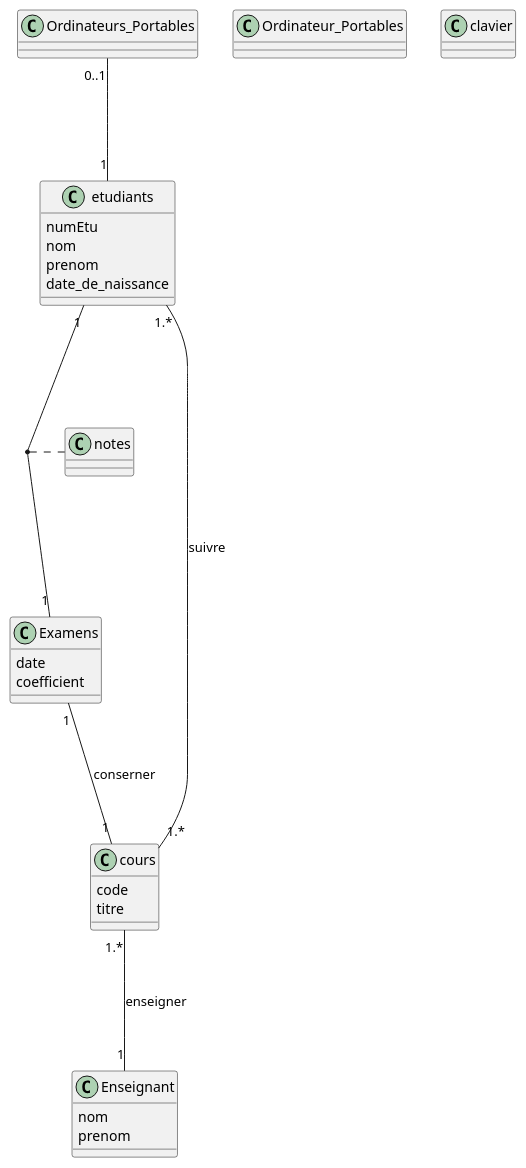
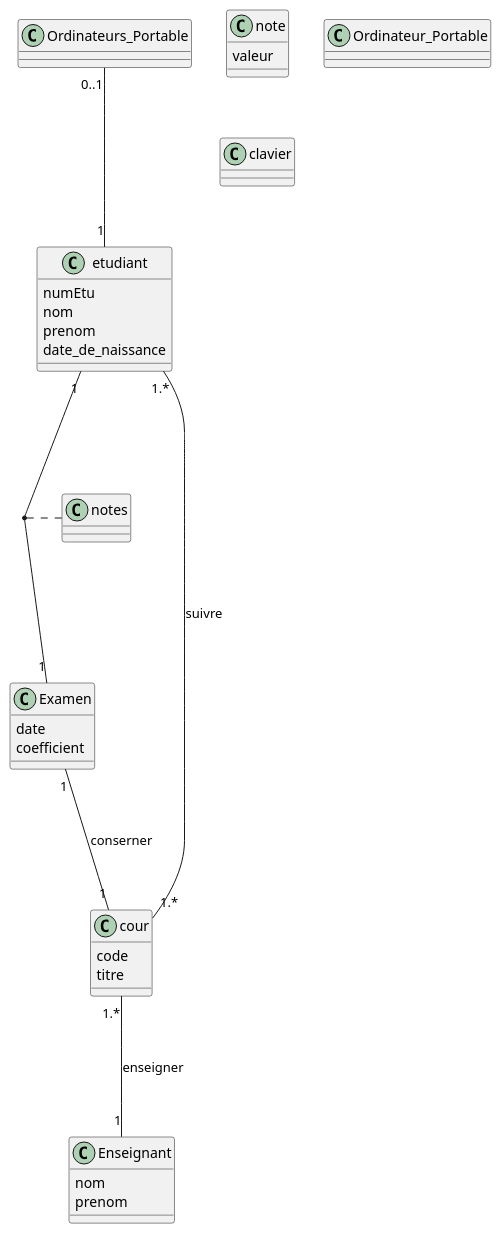
One commit to IUT-Blagnac/bcoo-Laurian-Dufrechou changed the diagram in TD1.2.1.plantuml. Above: the diagram before and after it, drawn with PlantUML.

Commit message:
Fix 1.2.1: correction d'erreur

```diff
--- a/TD1.2.1.plantuml
+++ b/TD1.2.1.plantuml
@@ -2,47 +2,52 @@
 @startuml
 
-class Examens
+class Examen
 {
   date
   coefficient
 }
 
 class Enseignant
 {
   nom
   prenom
 }
 
-class etudiants
+class etudiant
 {
   numEtu
   nom
   prenom
   date_de_naissance
 }
 
-class cours
+class cour
 {
   code
   titre
 }
 
-etudiants "1" --- "1" Examens
-(etudiants, Examens) . notes
+etudiant "1" --- "1" Examen
+(etudiant, Examen) . notes
 
-etudiants "1.*" --- "1.*" cours : suivre
+etudiant "1.*" --- "1.*" cour : suivre
 
-Examens "1" --- "1" cours : conserner
+Examen "1" --- "1" cour : conserner
 
-cours "1.*" --- "1" Enseignant : enseigner
+cour "1.*" --- "1" Enseignant : enseigner
+
+class note
+{
+  valeur
+}
 
 '----------------------------------
 
 
-class Ordinateur_Portables
+class Ordinateur_Portable
 
 class clavier
 
-Ordinateurs_Portables "0..1" --- "1" etudiants
+Ordinateurs_Portable "0..1" --- "1" etudiant
 
 @enduml
```
